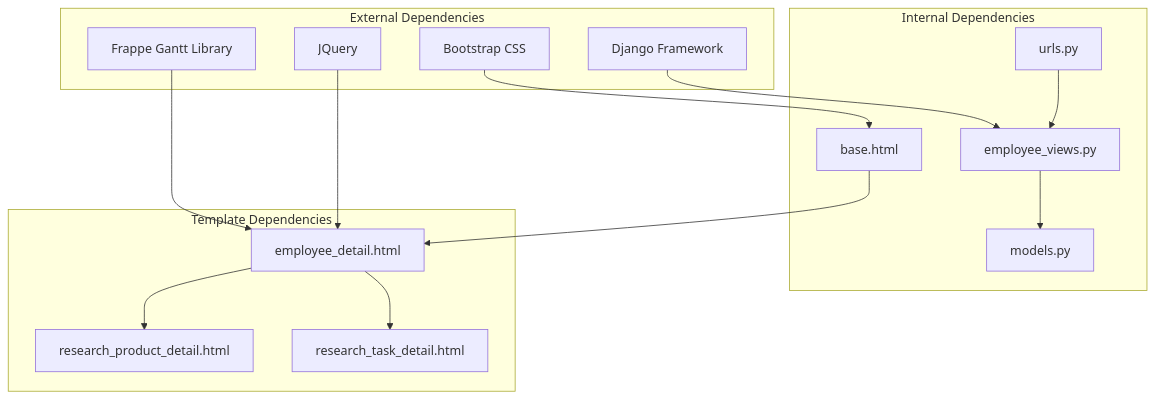
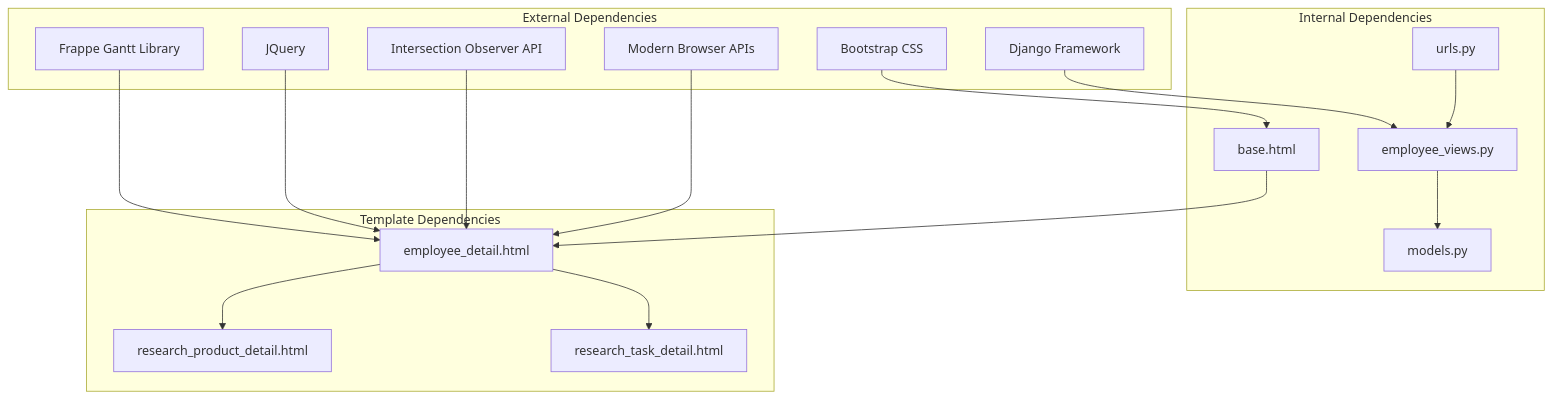
The seventh of 7 diagrams in .qoder/repowiki/en/content/Employee and Organization Management/Employee Detail Page with Gantt Chart.md (Pavel9474/task_manager), drawn with Mermaid before and after one commit. The commit also changed other lines of this file and 11 other files, not shown here.

Commit message:
bars are added gantt correct, popup windows works

````diff
--- a/.qoder/repowiki/en/content/Employee and Organization Management/Employee Detail Page with Gantt Chart.md
+++ b/.qoder/repowiki/en/content/Employee and Organization Management/Employee Detail Page with Gantt Chart.md
@@ -278,29 +343,33 @@
 ```mermaid
 graph TB
 subgraph "External Dependencies"
 A[Frappe Gantt Library]
 B[Django Framework]
 C[Bootstrap CSS]
 D[JQuery]
+E[Intersection Observer API]
+F[Modern Browser APIs]
 end
 subgraph "Internal Dependencies"
-E[employee_views.py]
-F[models.py]
-G[urls.py]
-H[base.html]
+G[employee_views.py]
+H[models.py]
+I[urls.py]
+J[base.html]
 end
 subgraph "Template Dependencies"
-I[employee_detail.html]
-J[research_product_detail.html]
-K[research_task_detail.html]
+K[employee_detail.html]
+L[research_product_detail.html]
+M[research_task_detail.html]
 end
-A --> I
-B --> E
-C --> H
-D --> I
-E --> F
-G --> E
-H --> I
-I --> J
-I --> K
+A --> K
+B --> G
+C --> J
+D --> K
+E --> K
+F --> K
+G --> H
+I --> G
+J --> K
+K --> L
+K --> M
 ```
````
